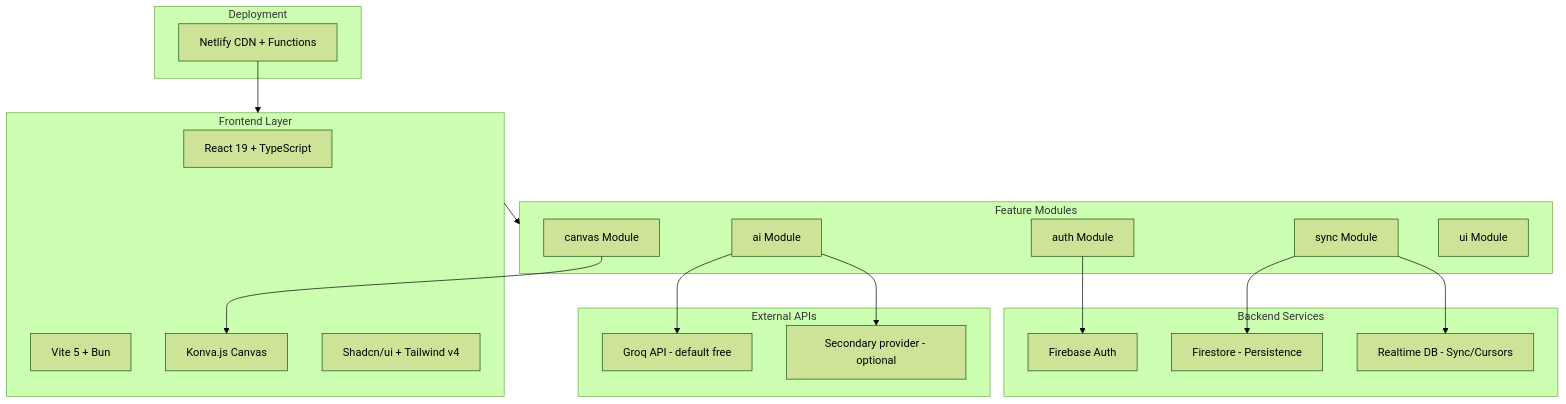
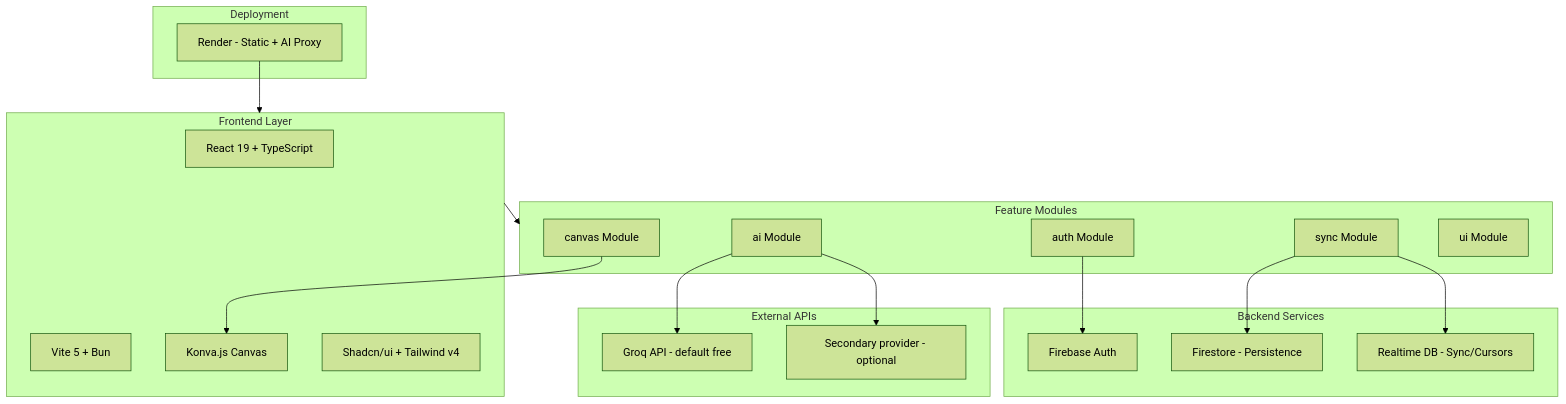
Before and after one commit to MichaelHabermas/gai-collab-board: the first of 8 diagrams in docs/PRD.md, drawn with Mermaid (forest theme). The commit also changed other lines of this file and 12 other files, not shown here.

First line of the commit message:
feat: implement AI proxy server and update deployment documentation for Render

````diff
--- a/docs/PRD.md
+++ b/docs/PRD.md
@@ -62,41 +62,41 @@
 ```mermaid
 graph TB
     subgraph Deployment[Deployment]
-        Netlify[Netlify CDN + Functions]
+        Render[Render - Static + AI Proxy]
     end
 
     subgraph Frontend[Frontend Layer]
         React[React 19 + TypeScript]
         Vite[Vite 5 + Bun]
         Konva[Konva.js Canvas]
         Shadcn[Shadcn/ui + Tailwind v4]
     end
 
     subgraph Modules[Feature Modules]
         AuthMod[auth Module]
         SyncMod[sync Module]
         CanvasMod[canvas Module]
         AIMod[ai Module]
         UIMod[ui Module]
     end
 
     subgraph Backend[Backend Services]
         FireAuth[Firebase Auth]
         Firestore[Firestore - Persistence]
         RealtimeDB[Realtime DB - Sync/Cursors]
     end
 
     subgraph External[External APIs]
         Groq[Groq API - default free]
         Secondary[Secondary provider - optional]
     end
 
-    Netlify --> Frontend
+    Render --> Frontend
     Frontend --> Modules
     AuthMod --> FireAuth
     SyncMod --> Firestore
     SyncMod --> RealtimeDB
     AIMod --> Groq
     AIMod --> Secondary
     CanvasMod --> Konva
 ```
````
